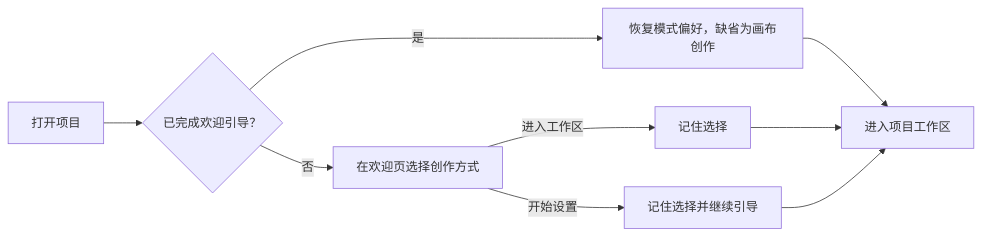
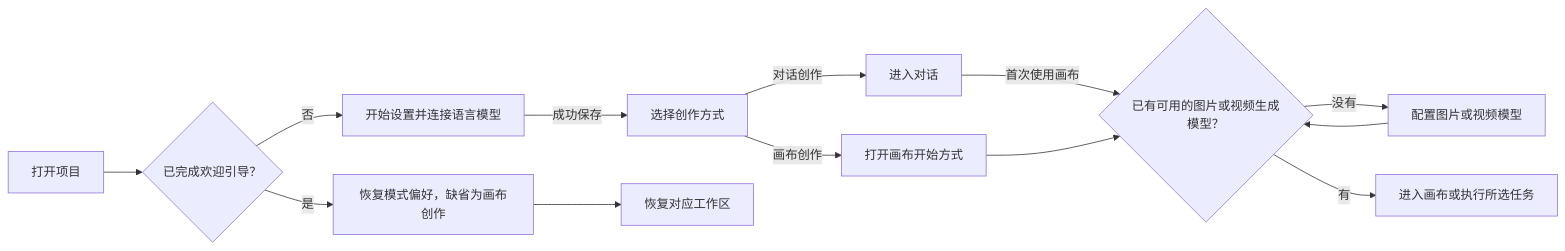
The first of 2 diagrams in docs/architecture/workspace-modes-rfc.zh-CN.md (ThinkFlowLab/OpenDirector), drawn with Mermaid before and after one commit. The commit also changed other lines of this file and 37 other files, not shown here.

````diff
--- a/docs/architecture/workspace-modes-rfc.zh-CN.md
+++ b/docs/architecture/workspace-modes-rfc.zh-CN.md
@@ -61,11 +70,15 @@
 ```mermaid
 flowchart LR
     A[打开项目] --> B{已完成欢迎引导？}
     B -->|是| C[恢复模式偏好，缺省为画布创作]
-    B -->|否| D[在欢迎页选择创作方式]
-    D -->|进入工作区| E[记住选择]
-    D -->|开始设置| F[记住选择并继续引导]
-    C --> G[进入项目工作区]
-    E --> G
-    F --> G
+    B -->|否| D[开始设置并连接语言模型]
+    D -->|成功保存| E[选择创作方式]
+    E -->|对话创作| H[进入对话]
+    E -->|画布创作| F[打开画布开始方式]
+    H -->|首次使用画布| V{已有可用的图片或视频生成模型？}
+    F --> V
+    V -->|没有| M[配置图片或视频模型]
+    M --> V
+    V -->|有| G[进入画布或执行所选任务]
+    C --> I[恢复对应工作区]
 ```
````
